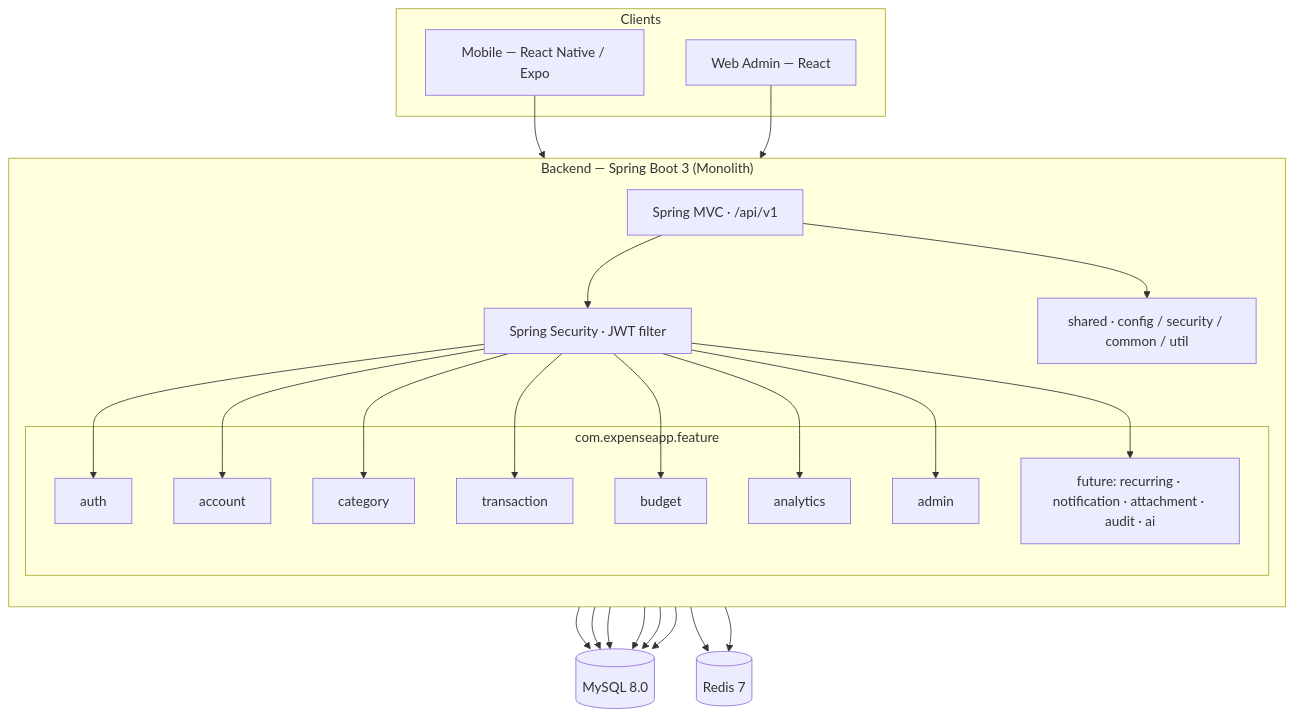
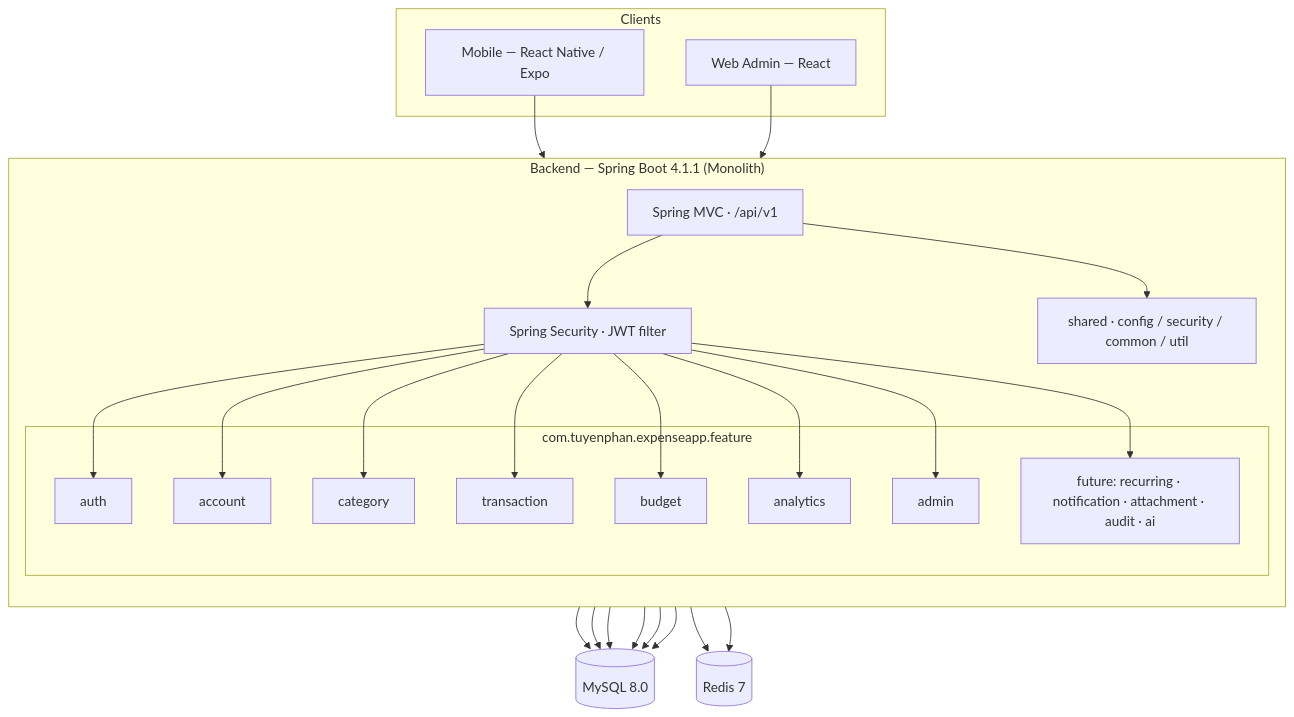
The diagram in 02-backend-java/docs/BE-ARCHITECTURE.md (tuyenphan1712/expense-app), drawn with Mermaid before and after one commit. The commit also changed other lines of this file and 4 other files, not shown here.

````diff
--- a/02-backend-java/docs/BE-ARCHITECTURE.md
+++ b/02-backend-java/docs/BE-ARCHITECTURE.md
@@ -8,38 +8,38 @@
 ```mermaid
 flowchart TB
     subgraph Clients
         M[Mobile — React Native / Expo]
         W[Web Admin — React]
     end
 
-    subgraph BE["Backend — Spring Boot 3 (Monolith)"]
+    subgraph BE["Backend — Spring Boot 4.1.1 (Monolith)"]
         direction TB
         API["Spring MVC · /api/v1"]
         SEC["Spring Security · JWT filter"]
-        subgraph FEAT["com.expenseapp.feature"]
+        subgraph FEAT["com.tuyenphan.expenseapp.feature"]
             F_AUTH[auth]
             F_ACC[account]
             F_CAT[category]
             F_TXN[transaction]
             F_BUD[budget]
             F_ANA[analytics]
             F_ADM[admin]
             F_FUT[future: recurring · notification · attachment · audit · ai]
         end
         SH["shared · config / security / common / util"]
     end
 
     DB[(MySQL 8.0)]
     RD[(Redis 7)]
 
     M --> API
     W --> API
     API --> SEC
     SEC --> F_AUTH & F_ACC & F_CAT & F_TXN & F_BUD & F_ANA
     SEC --> F_ADM & F_FUT
     F_AUTH & F_ACC & F_CAT & F_TXN & F_BUD --> DB
     F_ANA --> RD
     F_AUTH --> RD
     F_FUT --> DB
     API --> SH
 ```
````
